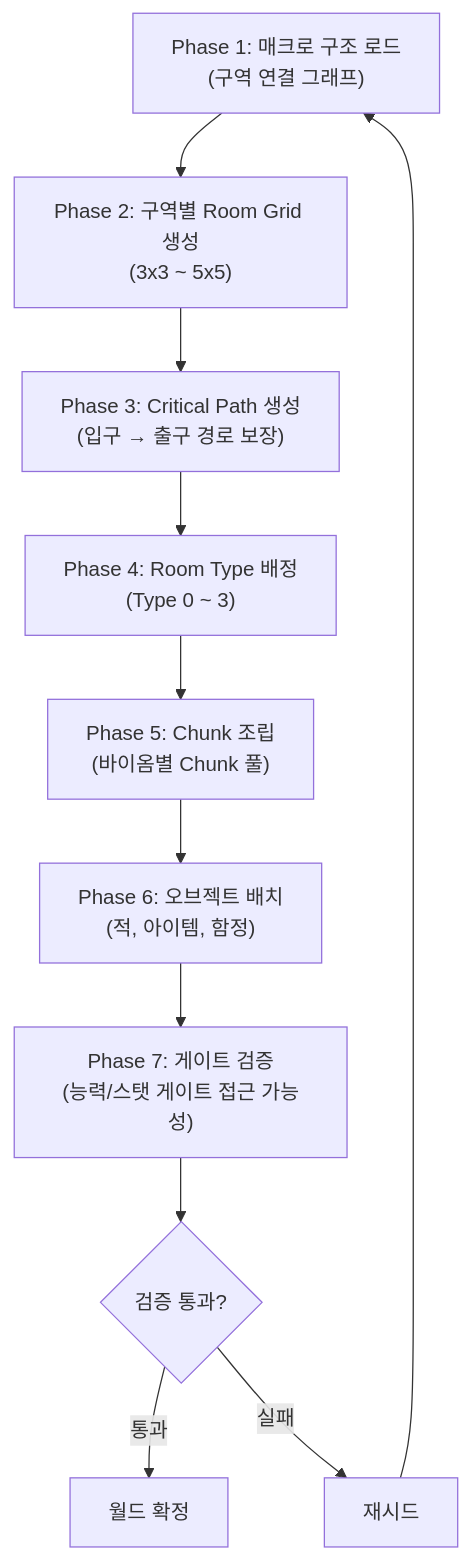
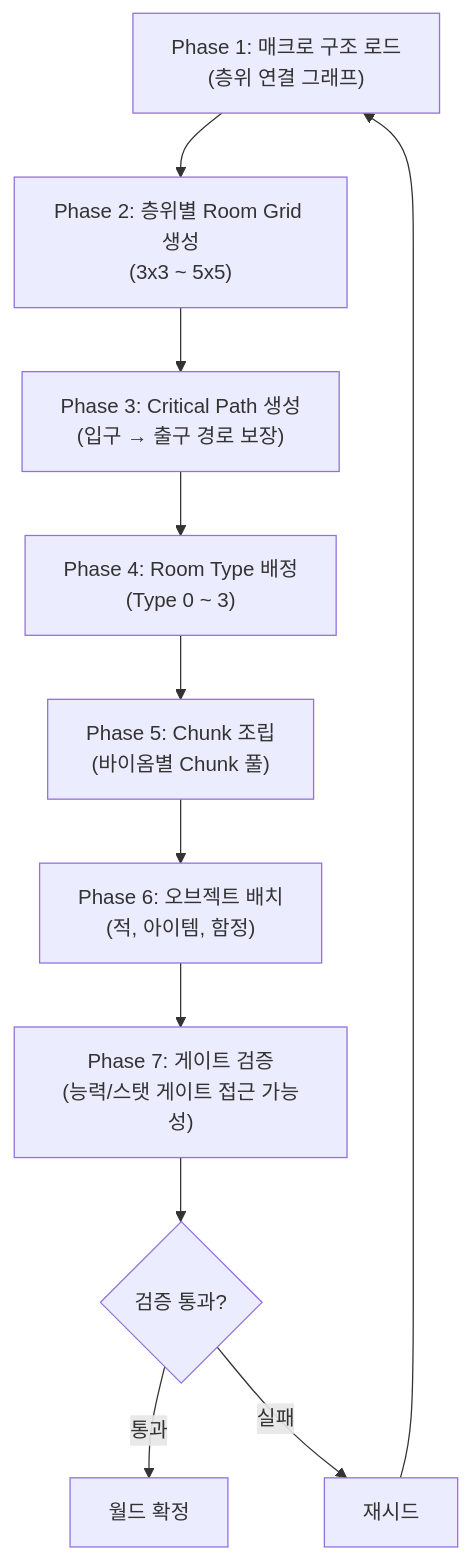
The first of 2 diagrams in Documents/System/System_World_ProcGen.md (Biskraft/ProjectAbyss), drawn with Mermaid before and after one commit. The commit also changed other lines of this file and 20 other files, not shown here.

````diff
--- a/Documents/System/System_World_ProcGen.md
+++ b/Documents/System/System_World_ProcGen.md
@@ -67,13 +67,13 @@
 ```mermaid
 flowchart TD
-    A["Phase 1: 매크로 구조 로드\n(구역 연결 그래프)"] --> B["Phase 2: 구역별 Room Grid 생성\n(3x3 ~ 5x5)"]
+    A["Phase 1: 매크로 구조 로드\n(층위 연결 그래프)"] --> B["Phase 2: 층위별 Room Grid 생성\n(3x3 ~ 5x5)"]
     B --> C["Phase 3: Critical Path 생성\n(입구 → 출구 경로 보장)"]
     C --> D["Phase 4: Room Type 배정\n(Type 0 ~ 3)"]
     D --> E["Phase 5: Chunk 조립\n(바이옴별 Chunk 풀)"]
     E --> F["Phase 6: 오브젝트 배치\n(적, 아이템, 함정)"]
     F --> G["Phase 7: 게이트 검증\n(능력/스탯 게이트 접근 가능성)"]
     G --> H{"검증 통과?"}
     H -- "통과" --> I["월드 확정"]
     H -- "실패" --> J["재시드"]
     J --> A
 ```
````
